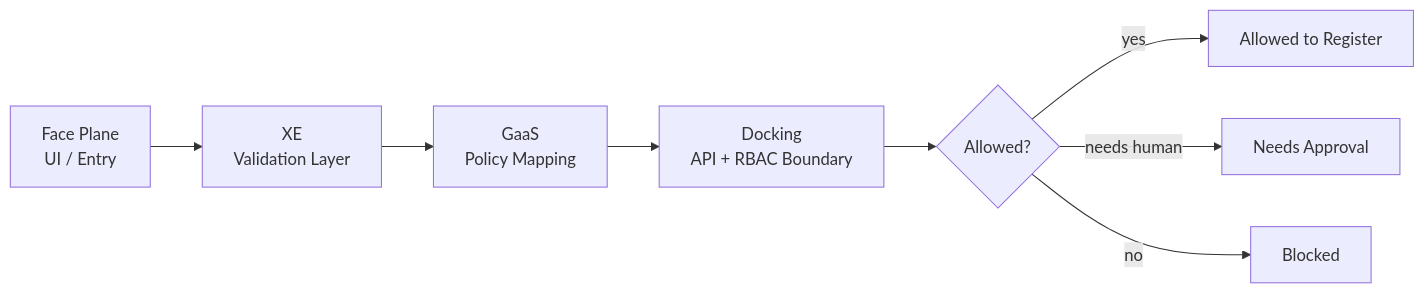
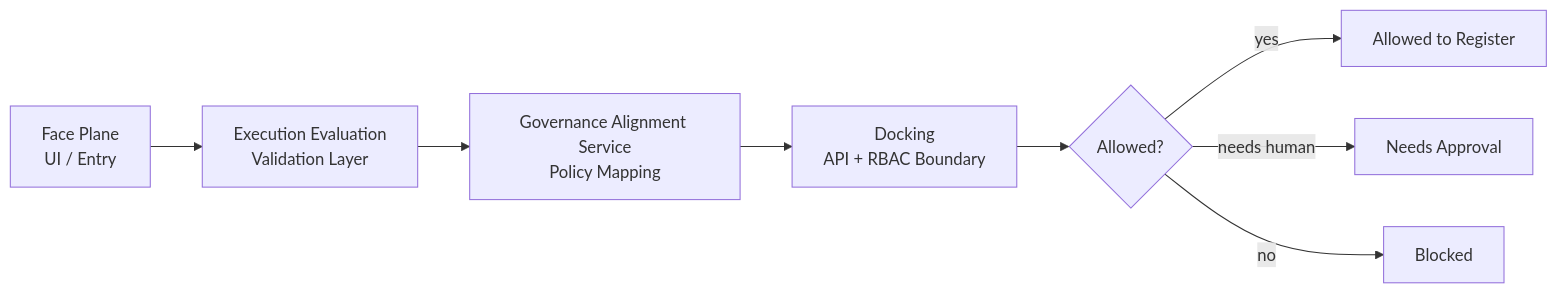
Before and after one commit to Codynunn42/SentinelOS-NON-DEMO: the diagram in docs/diagrams/faceplane_docking_v2.mmd, drawn with Mermaid. The commit also changed 42 other files, not shown here.

```diff
--- a/docs/diagrams/faceplane_docking_v2.mmd
+++ b/docs/diagrams/faceplane_docking_v2.mmd
@@ -1,17 +1,18 @@
 flowchart LR
+  %% [HOLD:INTERNAL-DIAGRAM] Docking review source. Buyer use requires claim review.
   faceplane[Face Plane<br/>UI / Entry]
-  xe[XE<br/>Validation Layer]
-  gaas[GaaS<br/>Policy Mapping]
+  xe[Execution Evaluation<br/>Validation Layer]
+  gaas[Governance Alignment Service<br/>Policy Mapping]
   docking[Docking<br/>API + RBAC Boundary]
   decision{Allowed?}
   register[Allowed to Register]
   approval[Needs Approval]
   restricted[Blocked]
 
   faceplane --> xe
   xe --> gaas
   gaas --> docking
   docking --> decision
   decision -- yes --> register
   decision -- needs human --> approval
   decision -- no --> restricted
```
